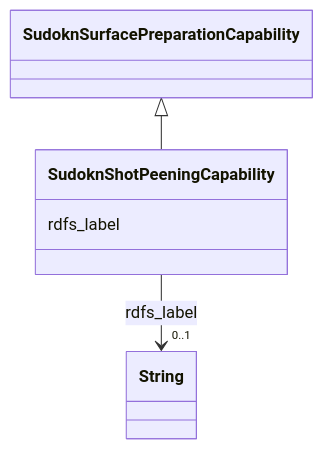
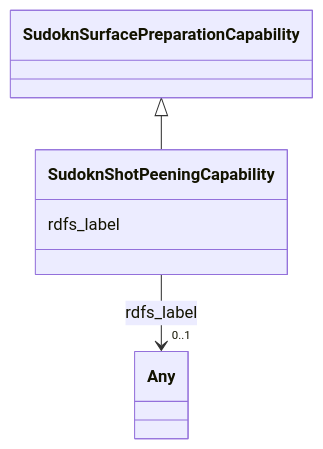
Before and after one commit to frink-okn/graph-descriptions: the diagram in sudokn-kg/classes/SudoknShotPeeningCapability.md, drawn with Mermaid. The commit also changed other lines of this file and 903 other files, not shown here.

````diff
--- a/sudokn-kg/classes/SudoknShotPeeningCapability.md
+++ b/sudokn-kg/classes/SudoknShotPeeningCapability.md
@@ -23,18 +16,18 @@
 ```mermaid
  classDiagram
     class SudoknShotPeeningCapability
     click SudoknShotPeeningCapability href "../SudoknShotPeeningCapability"
       SudoknSurfacePreparationCapability <|-- SudoknShotPeeningCapability
         click SudoknSurfacePreparationCapability href "../SudoknSurfacePreparationCapability"
       
       SudoknShotPeeningCapability : rdfs_label
         
           
     
     
-    SudoknShotPeeningCapability --> "0..1" String : rdfs_label
-    click String href "../String"
+    SudoknShotPeeningCapability --> "0..1" Any : rdfs_label
+    click Any href "../Any"
 
         
       
 ```
````
